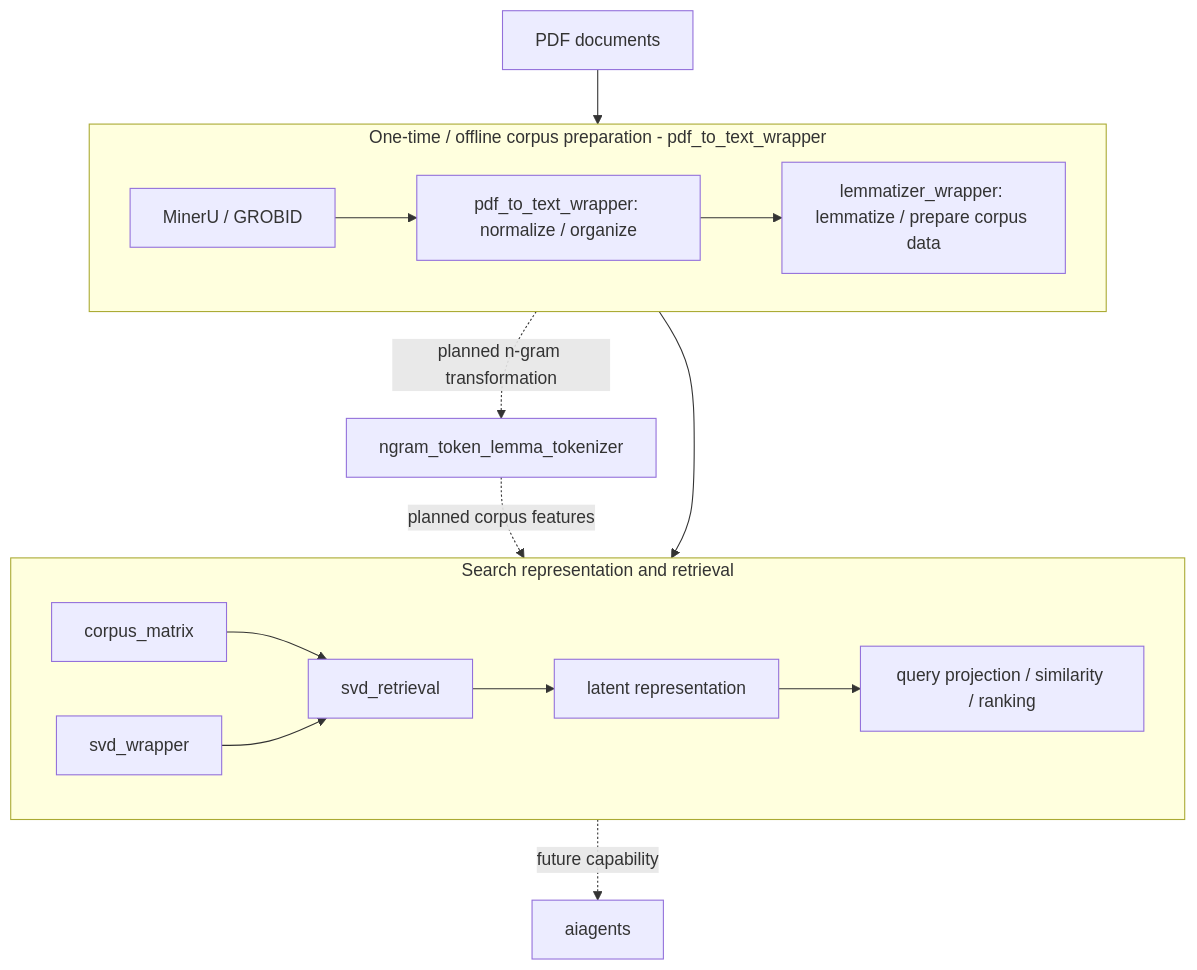
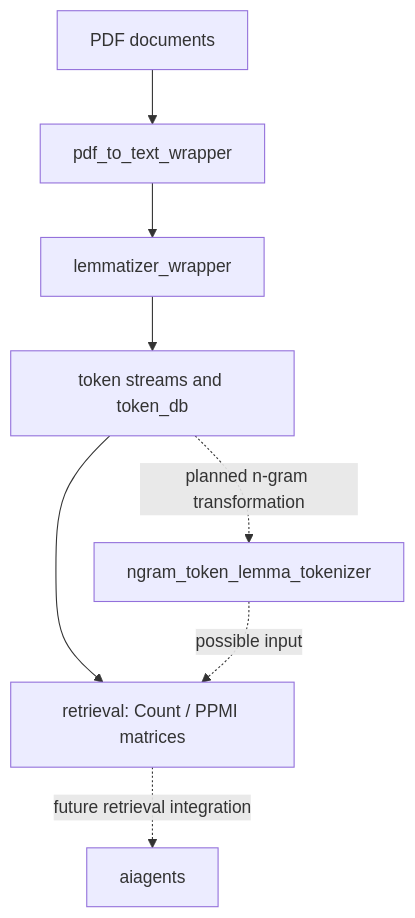
One commit to witold-k/witold-k changed the third of 6 diagrams in README.md. Above: the diagram before and after it, drawn with Mermaid. The commit also changed other lines of this file and 1 other file, not shown here.

Commit message:
docs: describe renamed retrieval and standalone SVD (assistant-authored)

````diff
--- a/README.md
+++ b/README.md
@@ -56,24 +54,10 @@
 ```mermaid
 flowchart TB
-    PDF[PDF documents]
-
-    subgraph PREP[One-time / offline corpus preparation - pdf_to_text_wrapper]
-        direction LR
-        BACKENDS[MinerU / GROBID] --> CONVERT[pdf_to_text_wrapper: normalize / organize]
-        CONVERT --> LEMMA[lemmatizer_wrapper: lemmatize / prepare corpus data]
-    end
-
-    subgraph SEARCH[Search representation and retrieval]
-        direction LR
-        MATRIX[corpus_matrix] --> RETRIEVAL[svd_retrieval]
-        SVD[svd_wrapper] --> RETRIEVAL
-        RETRIEVAL --> LATENT[latent representation]
-        LATENT --> RETRIEVE[query projection / similarity / ranking]
-    end
-
-    PDF --> BACKENDS
-    LEMMA --> MATRIX
-    LEMMA -.->|planned n-gram transformation| NGRAM[ngram_token_lemma_tokenizer]
-    NGRAM -.->|planned corpus features| MATRIX
-    RETRIEVE -.->|future capability| AGENT[aiagents]
+    PDF[PDF documents] --> EXTRACT[pdf_to_text_wrapper]
+    EXTRACT --> LEMMA[lemmatizer_wrapper]
+    LEMMA --> TOKEN[token streams and token_db]
+    TOKEN --> RET[retrieval: Count / PPMI matrices]
+    TOKEN -.->|planned n-gram transformation| NGRAM[ngram_token_lemma_tokenizer]
+    NGRAM -.->|possible input| RET
+    RET -.->|future retrieval integration| AGENT[aiagents]
 ```
````
